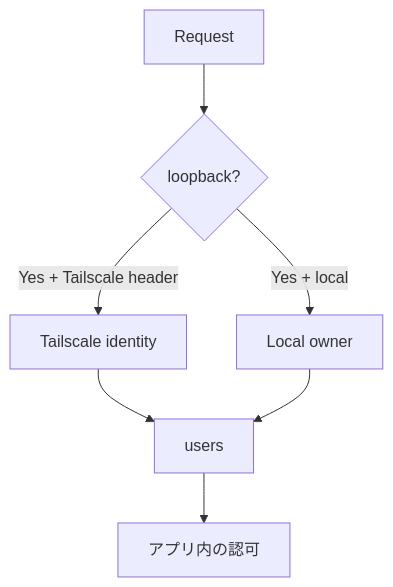
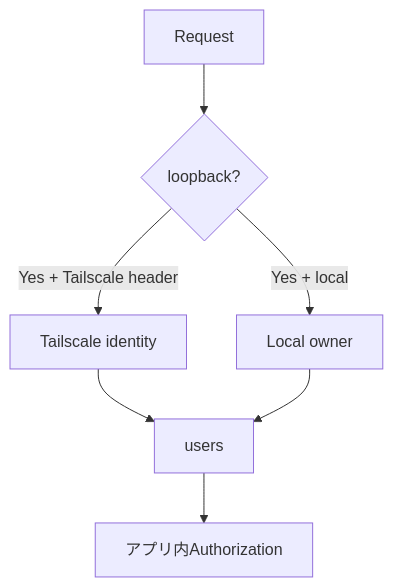
One commit to k-systems202208/python-sqlite-tailscale-webapp-template changed the third of 5 diagrams in docs/CUSTOMIZING.md. Above: the diagram before and after it, drawn with Mermaid. The commit also changed other lines of this file and 42 other files, not shown here.

````diff
--- a/docs/CUSTOMIZING.md
+++ b/docs/CUSTOMIZING.md
@@ -170,9 +150,9 @@
 ```mermaid
 flowchart TD
     A["Request"] --> B{"loopback?"}
     B -->|"Yes + Tailscale header"| T["Tailscale identity"]
     B -->|"Yes + local"| L["Local owner"]
     T --> U["users"]
     L --> U
-    U --> P["アプリ内の認可"]
+    U --> P["アプリ内Authorization"]
 ```
````
